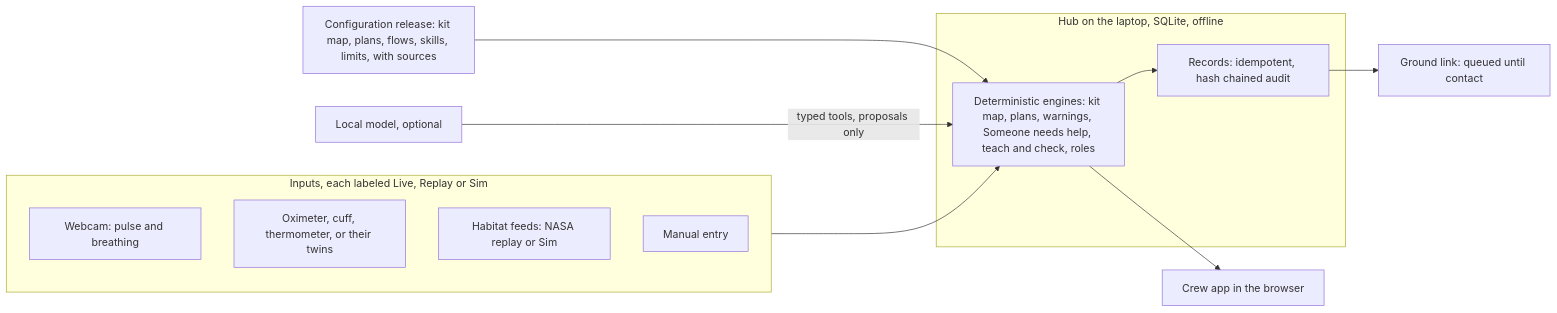
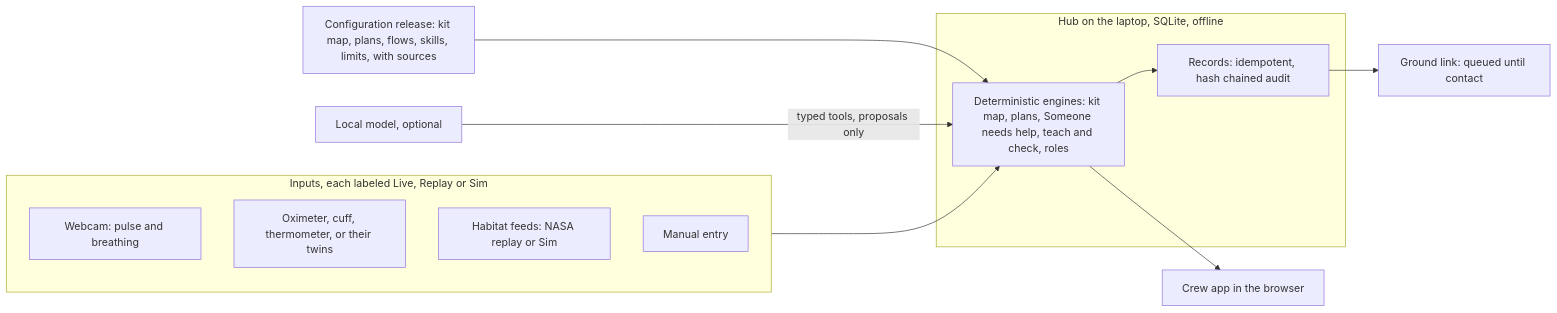
Before and after one commit to joaquingit1/vitales-health: the diagram in README.md, drawn with Mermaid. The commit also changed other lines of this file, not shown here.

````diff
--- a/README.md
+++ b/README.md
@@ -78,23 +77,23 @@
 ```mermaid
 flowchart LR
     subgraph Inputs["Inputs, each labeled Live, Replay or Sim"]
         CAM["Webcam: pulse and breathing"]
         DEV["Oximeter, cuff, thermometer, or their twins"]
         HAB["Habitat feeds: NASA replay or Sim"]
         MAN["Manual entry"]
     end
     CFG["Configuration release: kit map, plans, flows, skills, limits, with sources"]
     subgraph Hub["Hub on the laptop, SQLite, offline"]
-        ENG["Deterministic engines: kit map, plans, warnings, Someone needs help, teach and check, roles"]
+        ENG["Deterministic engines: kit map, plans, Someone needs help, teach and check, roles"]
         REC["Records: idempotent, hash chained audit"]
     end
     LLM["Local model, optional"]
     APP["Crew app in the browser"]
     GND["Ground link: queued until contact"]
     Inputs --> ENG
     CFG --> ENG
     ENG --> REC
     LLM -- "typed tools, proposals only" --> ENG
     ENG --> APP
     REC --> GND
 ```
````
